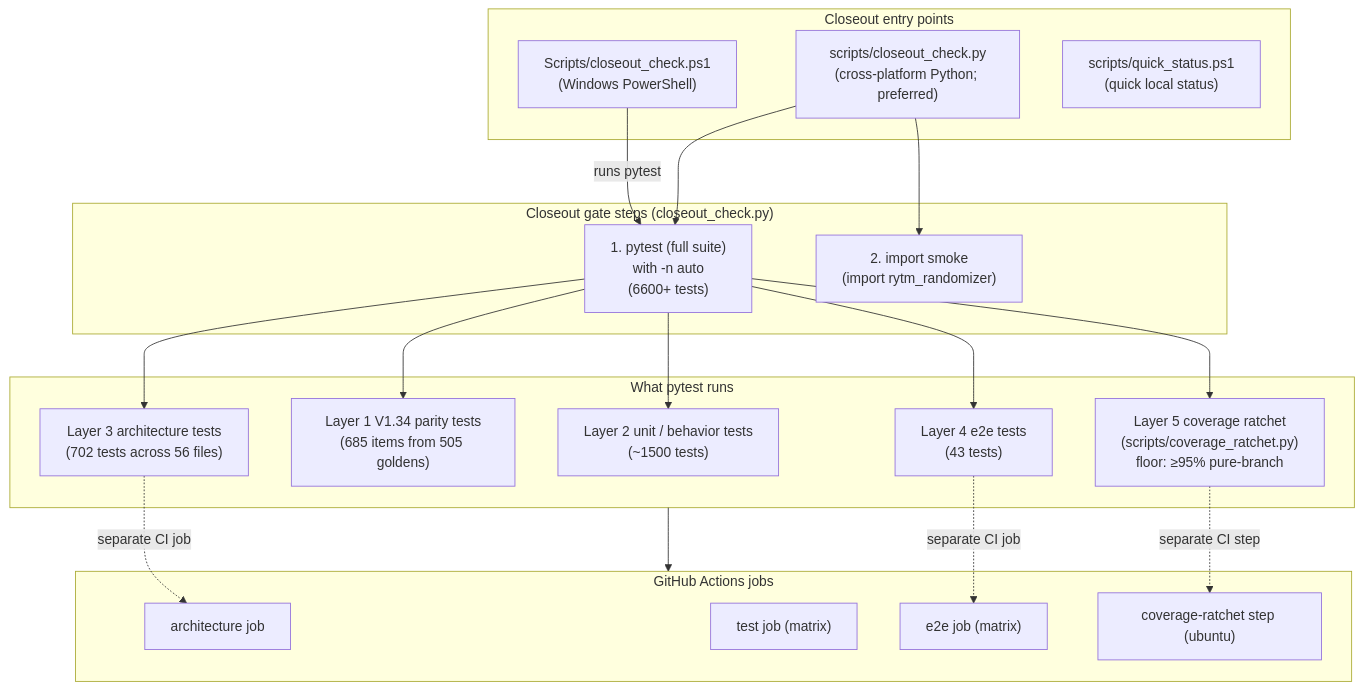
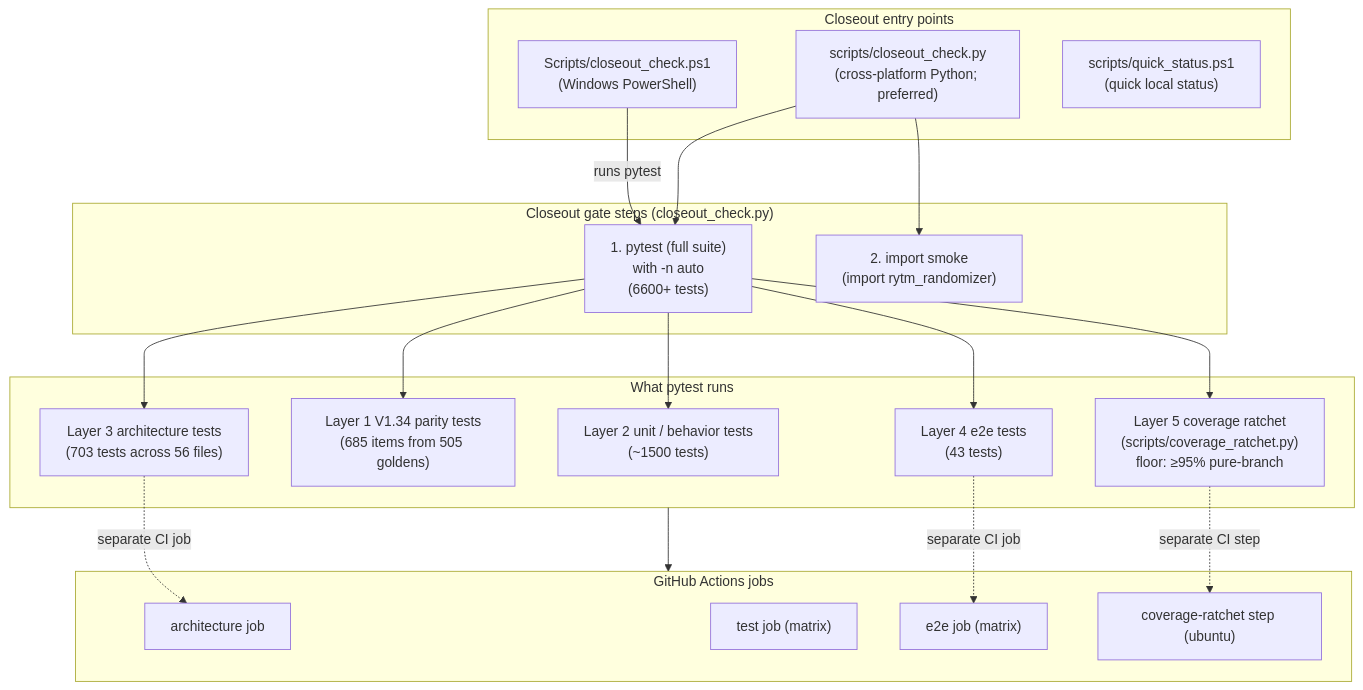
Before and after one commit to buzzijose-hub/RytmRandomizer: diagram 24 of 34 in docs/ARCHITECTURE_DIAGRAMS.md, drawn with Mermaid. The commit also changed other lines of this file and 27 other files, not shown here.

````diff
--- a/docs/ARCHITECTURE_DIAGRAMS.md
+++ b/docs/ARCHITECTURE_DIAGRAMS.md
@@ -1740,43 +1743,43 @@
 ```mermaid
 flowchart TB
     subgraph Entry["Closeout entry points"]
         CloseoutPS1["Scripts/closeout_check.ps1<br/>(Windows PowerShell)"]
         CloseoutPy["scripts/closeout_check.py<br/>(cross-platform Python; preferred)"]
         QuickStatus["scripts/quick_status.ps1<br/>(quick local status)"]
     end
 
     subgraph GateSteps["Closeout gate steps (closeout_check.py)"]
         Step1["1. pytest (full suite)<br/>with -n auto<br/>(6600+ tests)"]
         Step2["2. import smoke<br/>(import rytm_randomizer)"]
     end
 
     subgraph PytestLayers["What pytest runs"]
         PassiveTests["Layer 2 unit / behavior tests<br/>(~1500 tests)"]
         ParityTests["Layer 1 V1.34 parity tests<br/>(685 items from 505 goldens)"]
-        ArchTests["Layer 3 architecture tests<br/>(702 tests across 56 files)"]
+        ArchTests["Layer 3 architecture tests<br/>(703 tests across 56 files)"]
         E2ETests["Layer 4 e2e tests<br/>(43 tests)"]
         CovStep["Layer 5 coverage ratchet<br/>(scripts/coverage_ratchet.py)<br/>floor: ≥95% pure-branch"]
     end
 
     subgraph CIJobs["GitHub Actions jobs"]
         CIArch["architecture job"]
         CITest["test job (matrix)"]
         CIE2E["e2e job (matrix)"]
         CIRatchet["coverage-ratchet step (ubuntu)"]
     end
 
     CloseoutPS1 -->|"runs pytest"| Step1
     CloseoutPy --> Step1
     CloseoutPy --> Step2
 
     Step1 --> PassiveTests
     Step1 --> ParityTests
     Step1 --> ArchTests
     Step1 --> E2ETests
     Step1 --> CovStep
 
     PytestLayers --> CIJobs
     ArchTests -.->|"separate CI job"| CIArch
     E2ETests -.->|"separate CI job"| CIE2E
     CovStep -.->|"separate CI step"| CIRatchet
 ```
````
